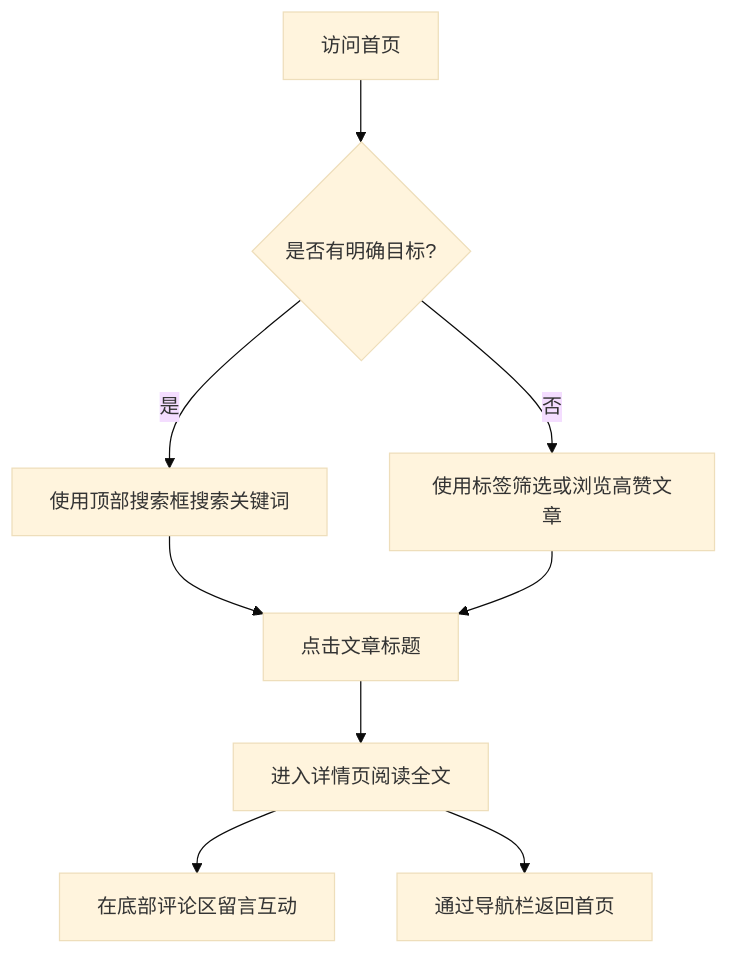
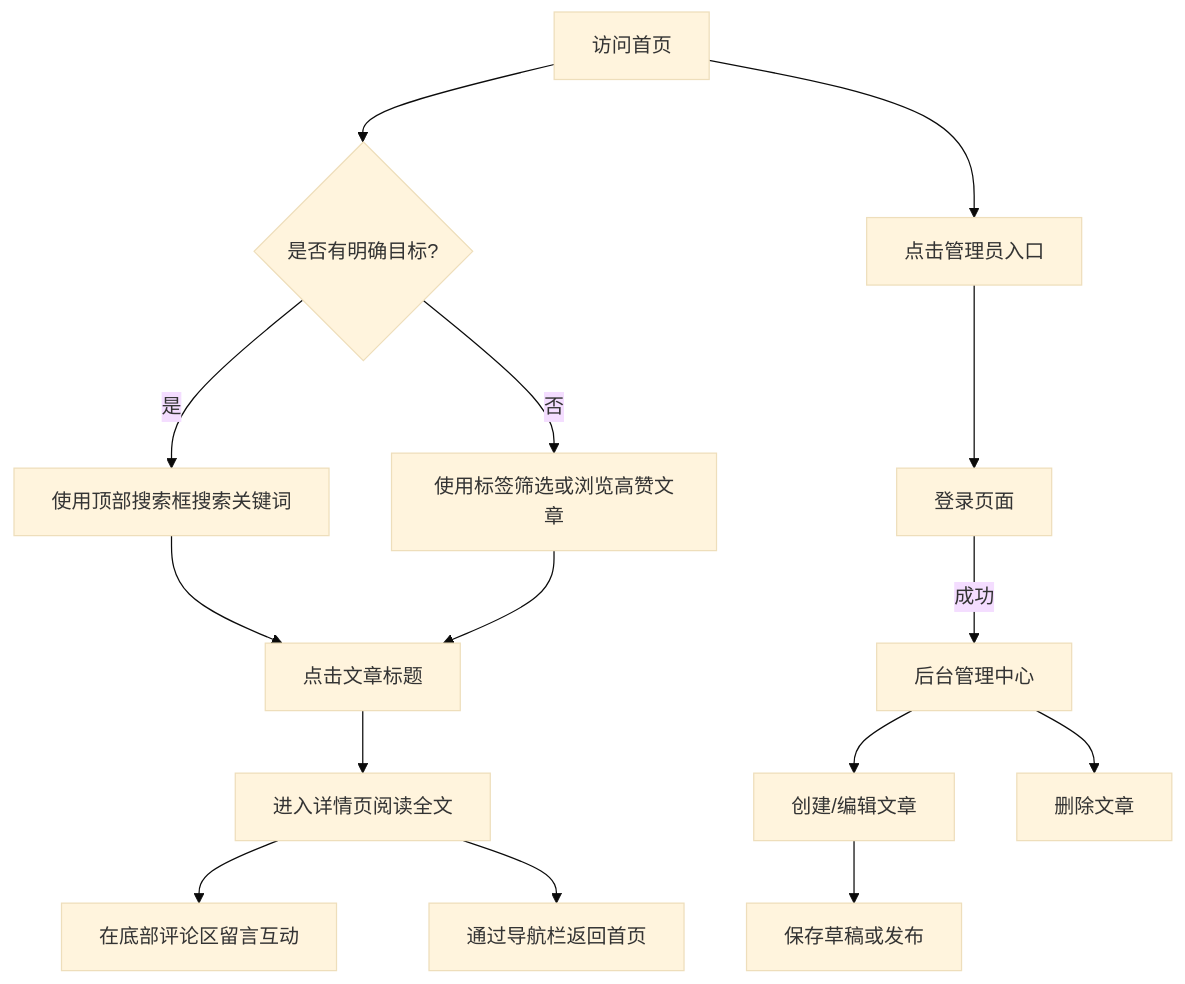
Before and after one commit to Yxl20240310/blog: the diagram in .trae/documents/prd.md, drawn with Mermaid (base theme). The commit also changed other lines of this file and 10 other files, not shown here.

````diff
--- a/.trae/documents/prd.md
+++ b/.trae/documents/prd.md
@@ -30,11 +35,17 @@
 ```mermaid
 graph TD
     A["访问首页"] --> B{"是否有明确目标?"}
     B -- "是" --> C["使用顶部搜索框搜索关键词"]
     B -- "否" --> D["使用标签筛选或浏览高赞文章"]
     C --> E["点击文章标题"]
     D --> E
     E --> F["进入详情页阅读全文"]
     F --> G["在底部评论区留言互动"]
     F --> H["通过导航栏返回首页"]
+    A --> I["点击管理员入口"]
+    I --> J["登录页面"]
+    J -- "成功" --> K["后台管理中心"]
+    K --> L["创建/编辑文章"]
+    L --> M["保存草稿或发布"]
+    K --> N["删除文章"]
 ```
````
